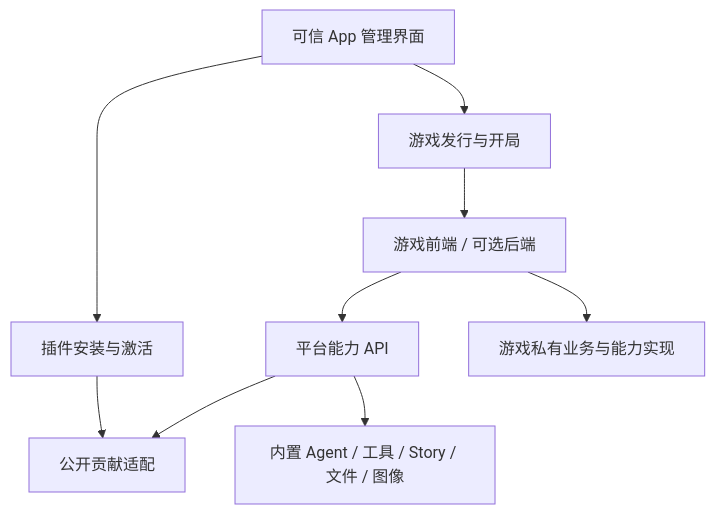
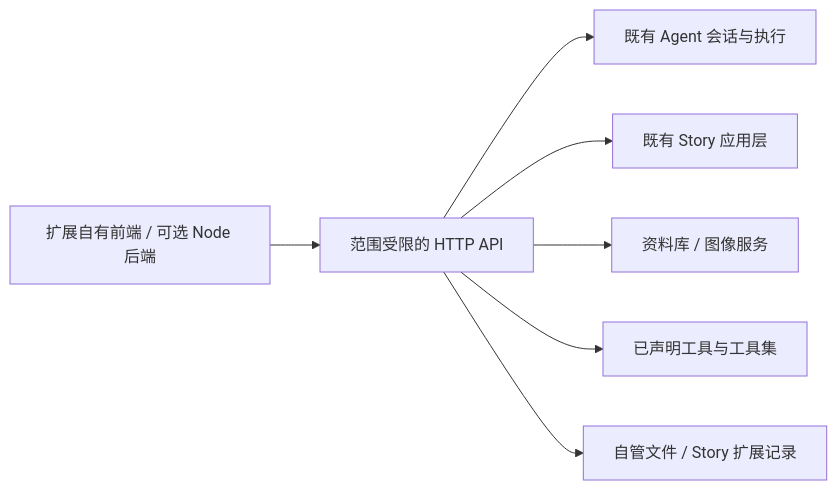
Before and after one commit to alfredxw/denova: the diagram in docs/plugin-platform-design.md, drawn with Mermaid. The commit also changed other lines of this file and 127 other files, not shown here.

````diff
--- a/docs/plugin-platform-design.md
+++ b/docs/plugin-platform-design.md
@@ -104,11 +31,9 @@
 ```mermaid
-flowchart TD
-    Manager[可信 App 管理界面] --> Plugins[插件安装与激活]
-    Manager --> Games[游戏发行与开局]
-    Plugins --> Provider[公开贡献适配]
-    Games --> GameUI[游戏前端 / 可选后端]
-    GameUI --> Consumer[平台能力 API]
-    Consumer --> Builtin[内置 Agent / 工具 / Story / 文件 / 图像]
-    Consumer --> Provider
-    GameUI --> Private[游戏私有业务与能力实现]
+flowchart LR
+    UI[扩展自有前端 / 可选 Node 后端] --> API[范围受限的 HTTP API]
+    API --> Agent[既有 Agent 会话与执行]
+    API --> Story[既有 Story 应用层]
+    API --> Resources[资料库 / 图像服务]
+    API --> Tools[已声明工具与工具集]
+    API --> Data[自管文件 / Story 扩展记录]
 ```
````
